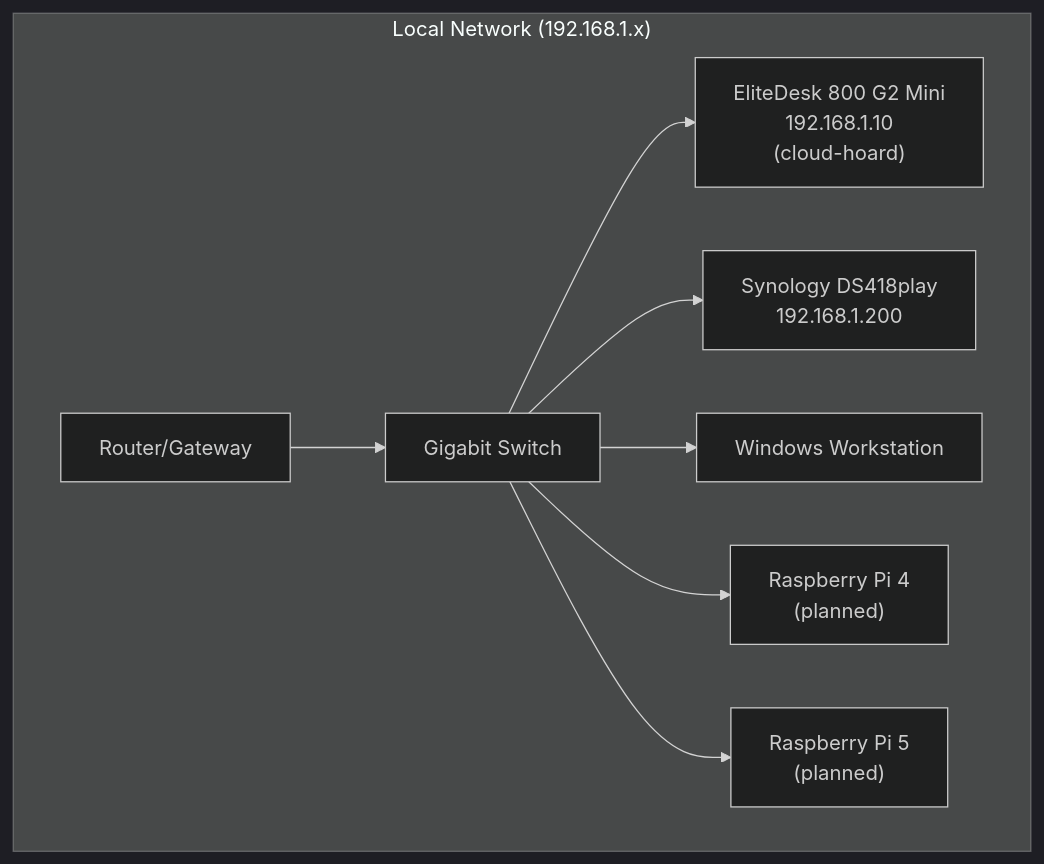
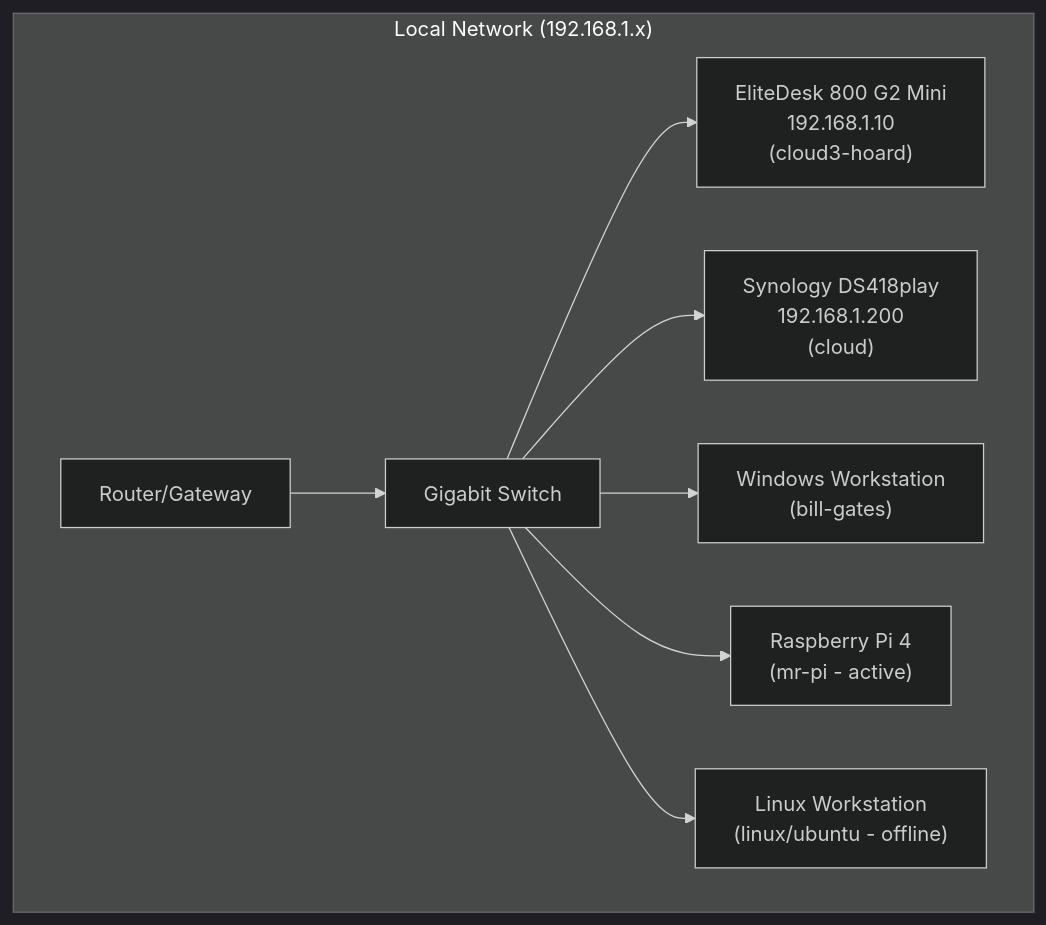
The diagram in homelab_overview.md (alexmgee/patron-hub), drawn with Mermaid (dark theme) before and after one commit. The commit also changed other lines of this file and 4 other files, not shown here.

````diff
--- a/homelab_overview.md
+++ b/homelab_overview.md
@@ -10,14 +10,14 @@
 ```mermaid
 graph TB
     subgraph Network["Local Network (192.168.1.x)"]
         Router[Router/Gateway]
         Switch[Gigabit Switch]
         
         Router --> Switch
-        Switch --> EliteDesk["EliteDesk 800 G2 Mini<br/>192.168.1.10<br/>(cloud-hoard)"]
-        Switch --> Synology["Synology DS418play<br/>192.168.1.200"]
-        Switch --> Windows["Windows Workstation"]
-        Switch --> Pi4["Raspberry Pi 4<br/>(planned)"]
-        Switch --> Pi5["Raspberry Pi 5<br/>(planned)"]
+        Switch --> EliteDesk["EliteDesk 800 G2 Mini<br/>192.168.1.10<br/>(cloud3-hoard)"]
+        Switch --> Synology["Synology DS418play<br/>192.168.1.200<br/>(cloud)"]
+        Switch --> Windows["Windows Workstation<br/>(bill-gates)"]
+        Switch --> Pi4["Raspberry Pi 4<br/>(mr-pi - active)"]
+        Switch --> LinuxPC["Linux Workstation<br/>(linux/ubuntu - offline)"]
     end
 ```
````
